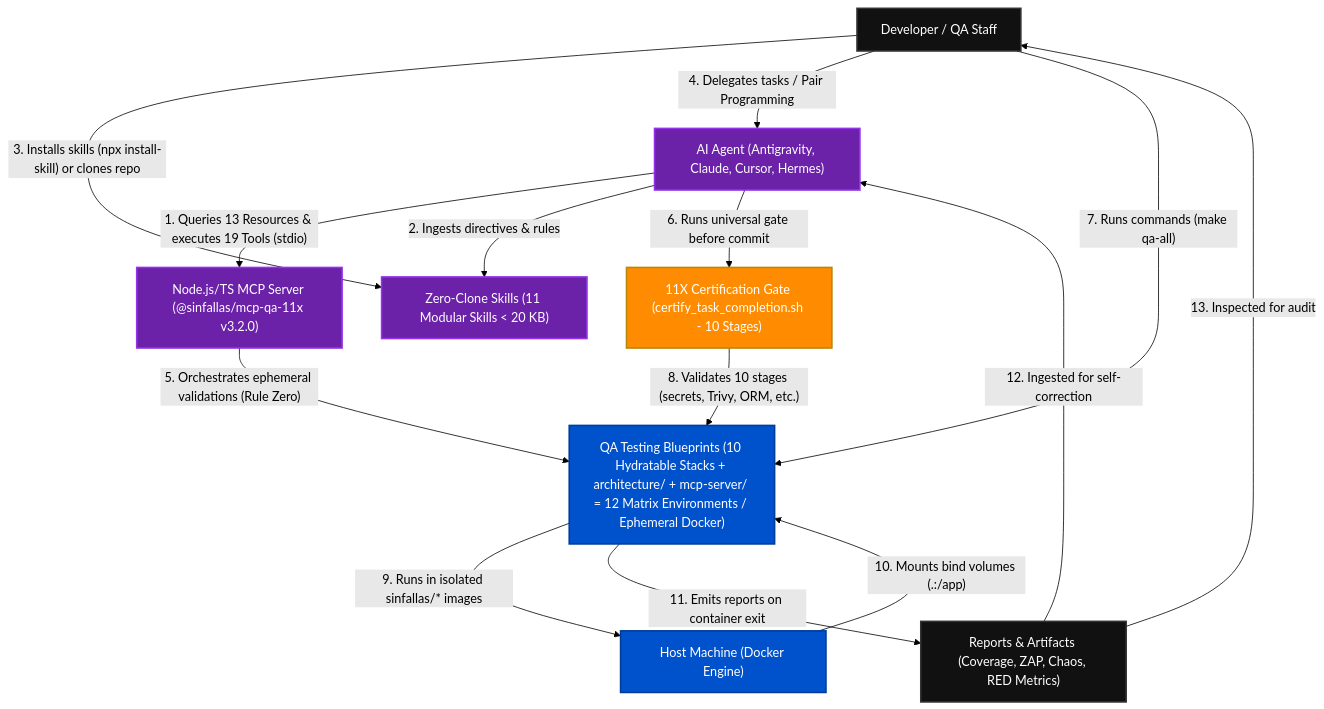
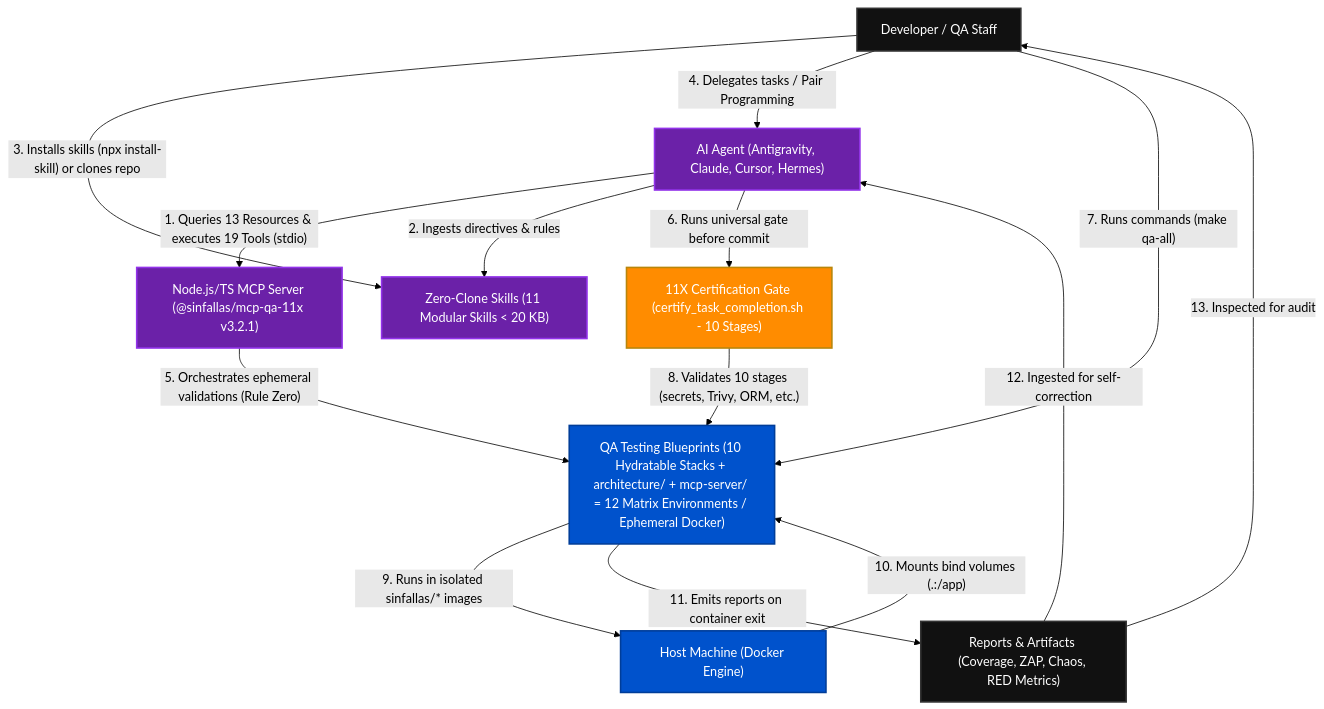
The first of 3 diagrams in docs/ARCHITECTURE_C4.md (tecno-consultores/qa-testing-blueprints), drawn with Mermaid (forest theme) before and after one commit. The commit also changed 45 other files, not shown here.

````diff
--- a/docs/ARCHITECTURE_C4.md
+++ b/docs/ARCHITECTURE_C4.md
@@ -12,33 +12,33 @@
 ```mermaid
 flowchart TD
     Human["Developer / QA Staff"]
     Agent["AI Agent (Antigravity, Claude, Cursor, Hermes)"]
-    MCP["Node.js/TS MCP Server (@sinfallas/mcp-qa-11x v3.2.0)"]
+    MCP["Node.js/TS MCP Server (@sinfallas/mcp-qa-11x v3.2.1)"]
     Skill["Zero-Clone Skills (11 Modular Skills < 20 KB)"]
     Gate["11X Certification Gate (certify_task_completion.sh - 10 Stages)"]
     QA["QA Testing Blueprints (10 Hydratable Stacks + architecture/ + mcp-server/ = 12 Matrix Environments / Ephemeral Docker)"]
     Host["Host Machine (Docker Engine)"]
     Reports["Reports & Artifacts (Coverage, ZAP, Chaos, RED Metrics)"]
 
     Agent -->|"1. Queries 13 Resources & executes 19 Tools (stdio)"| MCP
     Agent -->|"2. Ingests directives & rules"| Skill
     Human -->|"3. Installs skills (npx install-skill) or clones repo"| Skill
     Human -->|"4. Delegates tasks / Pair Programming"| Agent
     MCP -->|"5. Orchestrates ephemeral validations (Rule Zero)"| QA
     Agent -->|"6. Runs universal gate before commit"| Gate
     Human -->|"7. Runs commands (make qa-all)"| QA
     Gate -->|"8. Validates 10 stages (secrets, Trivy, ORM, etc.)"| QA
     QA -->|"9. Runs in isolated sinfallas/* images"| Host
     Host -->|"10. Mounts bind volumes (.:/app)"| QA
     QA -->|"11. Emits reports on container exit"| Reports
     Reports -->|"12. Ingested for self-correction"| Agent
     Reports -->|"13. Inspected for audit"| Human
 
     classDef default fill:#111,stroke:#333,stroke-width:2px,color:#fff;
     classDef highlight fill:#0052cc,stroke:#003d99,stroke-width:2px,color:#fff;
     classDef barrier fill:#ff8c00,stroke:#b8860b,stroke-width:2px,color:#fff;
     classDef ai fill:#6b21a8,stroke:#9333ea,stroke-width:2px,color:#fff;
     class QA,Host highlight;
     class Gate barrier;
     class Agent,MCP,Skill ai;
 ```
````
